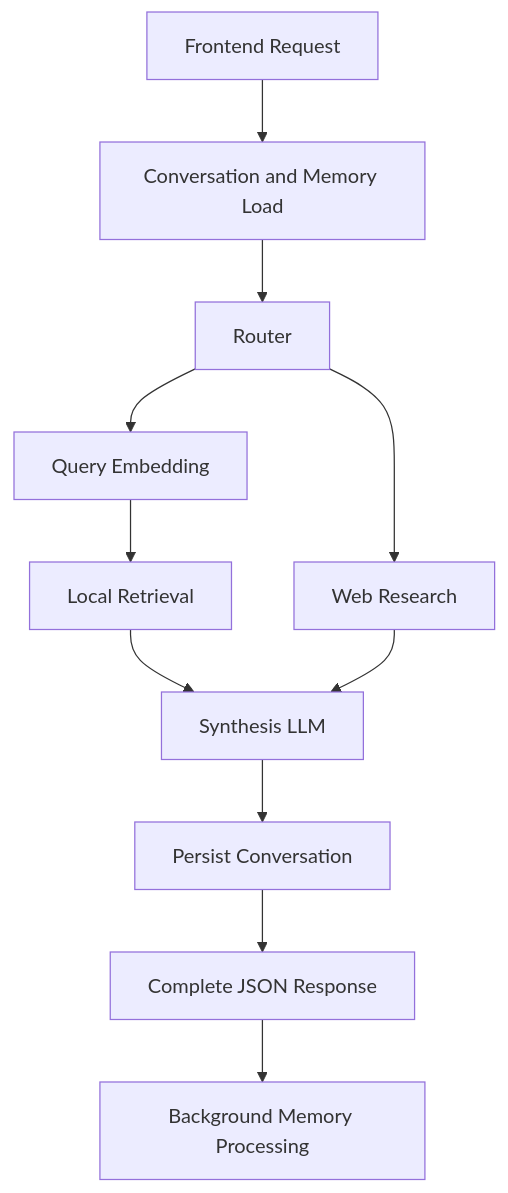
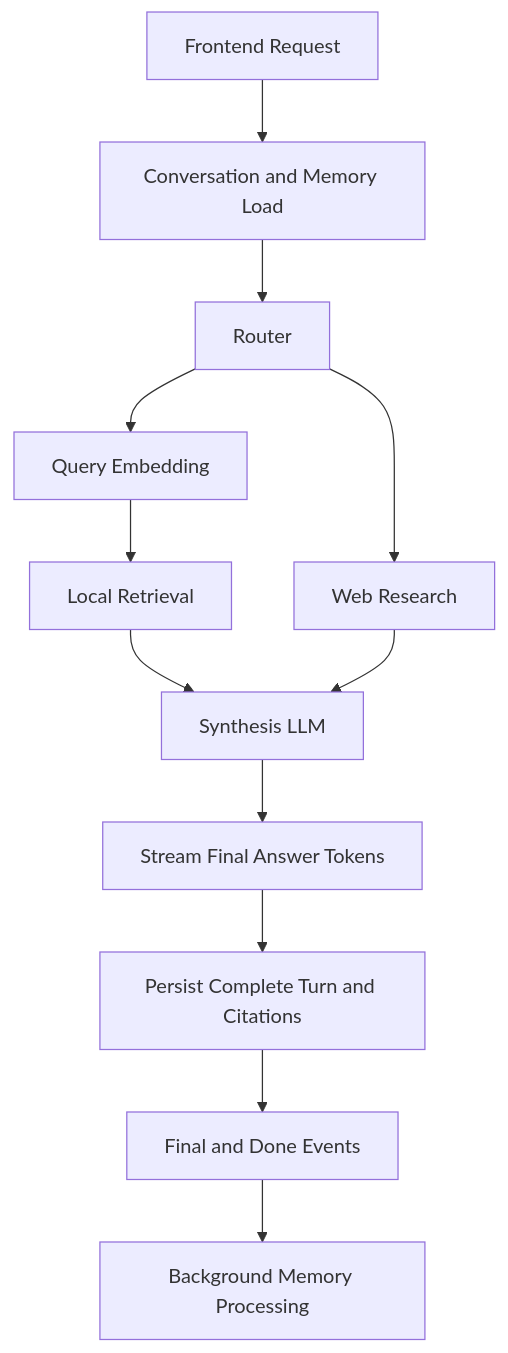
Before and after one commit to VanGogh-7/Personal_Learning_Agent: the first of 2 diagrams in README.md, drawn with Mermaid. The commit also changed other lines of this file and 54 other files, not shown here.

````diff
--- a/README.md
+++ b/README.md
@@ -78,13 +81,14 @@
 ```mermaid
 flowchart TD
     A[Frontend Request] --> B[Conversation and Memory Load]
     B --> C[Router]
     C --> D[Query Embedding]
     D --> E[Local Retrieval]
     C --> F[Web Research]
     E --> G[Synthesis LLM]
     F --> G
-    G --> H[Persist Conversation]
-    H --> I[Complete JSON Response]
-    I --> J[Background Memory Processing]
+    G --> H[Stream Final Answer Tokens]
+    H --> I[Persist Complete Turn and Citations]
+    I --> J[Final and Done Events]
+    J --> K[Background Memory Processing]
 ```
````
